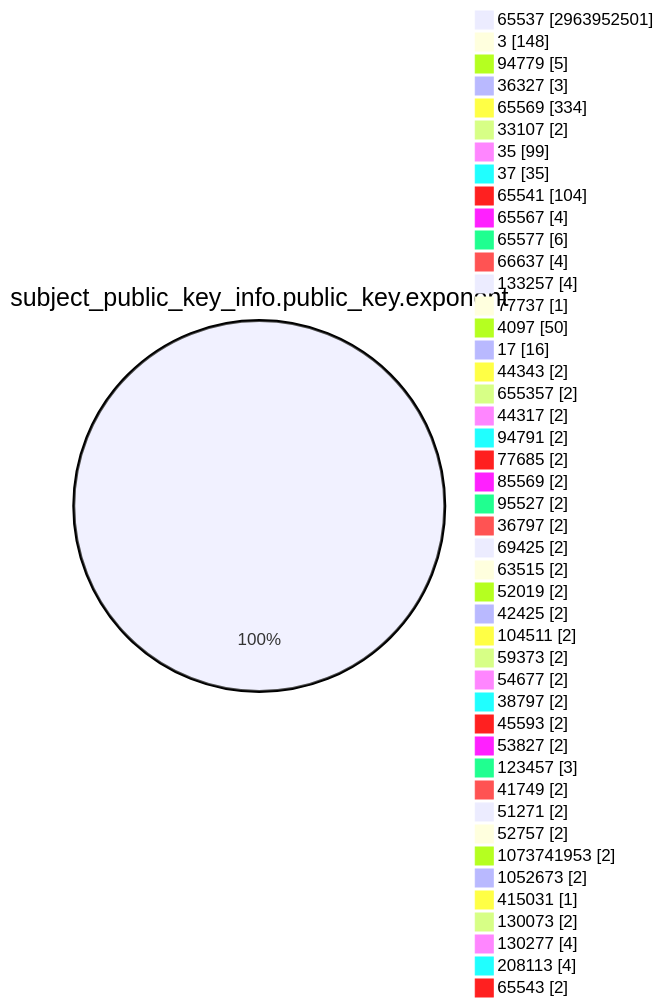
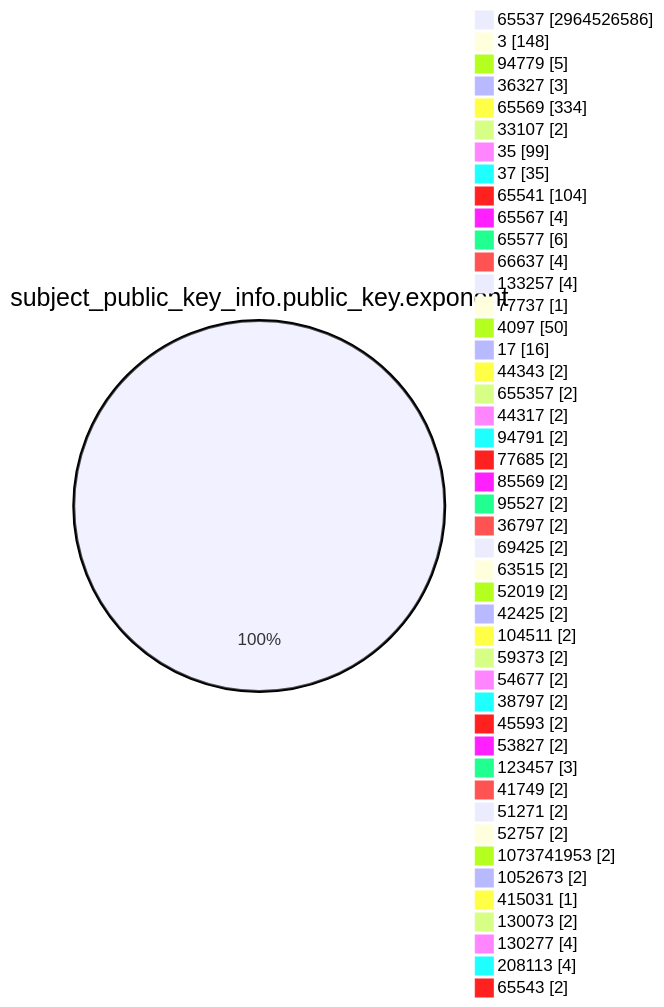
Before and after one commit to christiankrug/ctmonitor_visualization: the fourth of 15 diagrams in TOTAL/README.md, drawn with Mermaid. The commit also changed other lines of this file, not shown here.

````diff
--- a/TOTAL/README.md
+++ b/TOTAL/README.md
@@ -1471,49 +1471,49 @@
 ```mermaid
 pie showData
 title subject_public_key_info.public_key.exponent
-"65537" :2963952501
+"65537" :2964526586
 "3" :148
 "94779" :5
 "36327" :3
 "65569" :334
 "33107" :2
 "35" :99
 "37" :35
 "65541" :104
 "65567" :4
 "65577" :6
 "66637" :4
 "133257" :4
 "77737" :1
 "4097" :50
 "17" :16
 "44343" :2
 "655357" :2
 "44317" :2
 "94791" :2
 "77685" :2
 "85569" :2
 "95527" :2
 "36797" :2
 "69425" :2
 "63515" :2
 "52019" :2
 "42425" :2
 "104511" :2
 "59373" :2
 "54677" :2
 "38797" :2
 "45593" :2
 "53827" :2
 "123457" :3
 "41749" :2
 "51271" :2
 "52757" :2
 "1073741953" :2
 "1052673" :2
 "415031" :1
 "130073" :2
 "130277" :4
 "208113" :4
 "65543" :2
 ```
````
